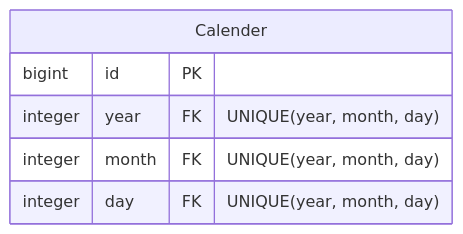
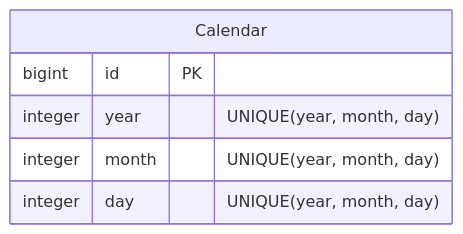
One commit to chanwoo-lee-cw/TIL changed the sixth of 7 diagrams in et/markdown/mermaid - ErDiagram 문법.md. Above: the diagram before and after it, drawn with Mermaid. The commit also changed other lines of this file, not shown here.

Commit message:
update mermaid -ER다이어그램.md

````diff
--- a/et/markdown/mermaid - ErDiagram 문법.md
+++ b/et/markdown/mermaid - ErDiagram 문법.md
@@ -166,9 +128,9 @@
 ```mermaid
 erDiagram
-    Calender {
-        bigint id PK 
-        integer year FK "UNIQUE(year, month, day)"
-        integer month FK "UNIQUE(year, month, day)"
-        integer day FK "UNIQUE(year, month, day)"
+    Calendar {
+        bigint id PK
+        integer year "UNIQUE(year, month, day)"
+        integer month "UNIQUE(year, month, day)"
+        integer day "UNIQUE(year, month, day)"
     }
 ```
````
